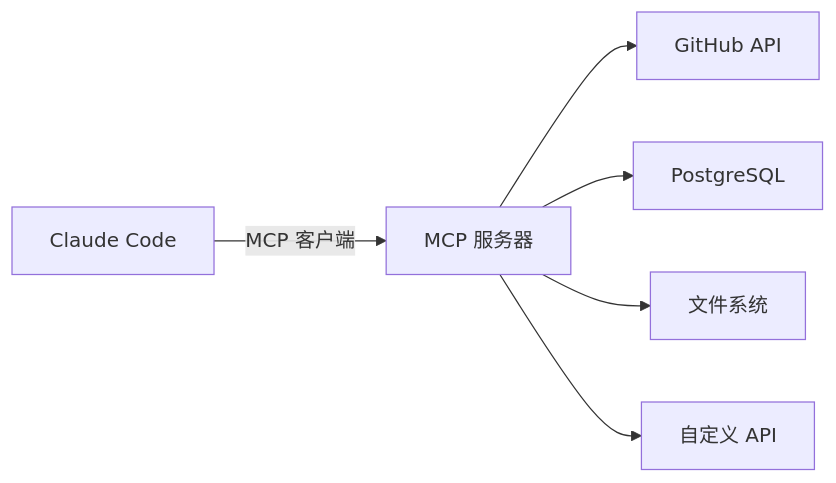
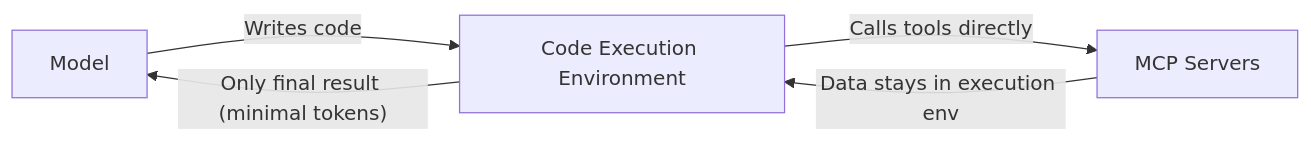
Before and after one commit to Rx782-Fss/claude-howto-zh: the seventh of 7 diagrams in 05-mcp/README.md, drawn with Mermaid. The commit also changed other lines of this file and 104 other files, not shown here.

````diff
--- a/05-mcp/README.md
+++ b/05-mcp/README.md
@@ -21,8 +740,8 @@
 ```mermaid
 graph LR
-    A["Claude Code"] -->|"MCP 客户端"| B["MCP 服务器"]
-    B --> C["GitHub API"]
-    B --> D["PostgreSQL"]
-    B --> E["文件系统"]
-    B --> F["自定义 API"]
+    A["Model"] -->|"Writes code"| B["Code Execution Environment"]
+    B -->|"Calls tools directly"| C["MCP Servers"]
+    C -->|"Data stays in execution env"| B
+    B -->|"Only final result (minimal tokens)"| A
+
 ```
````
